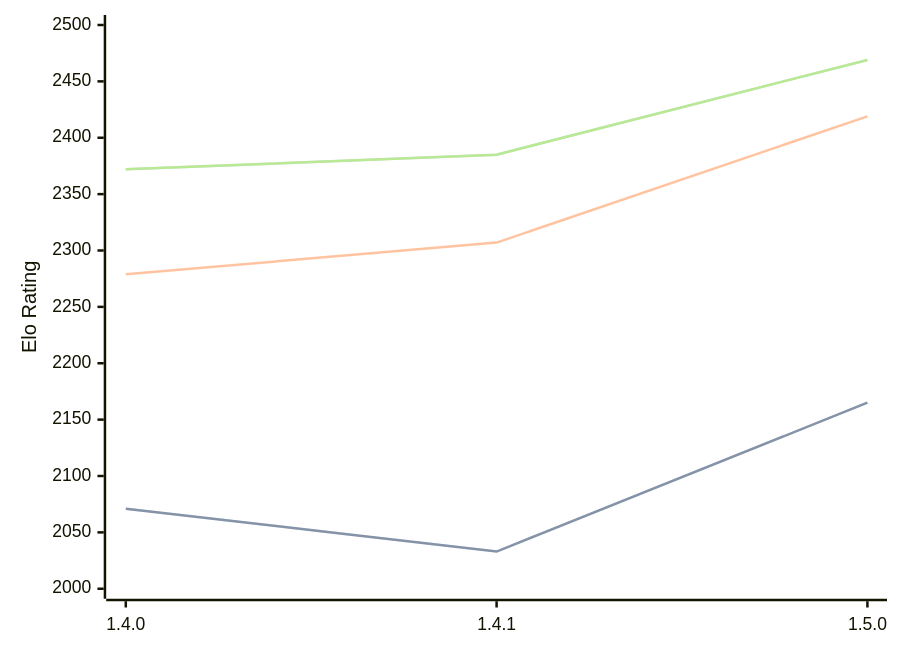
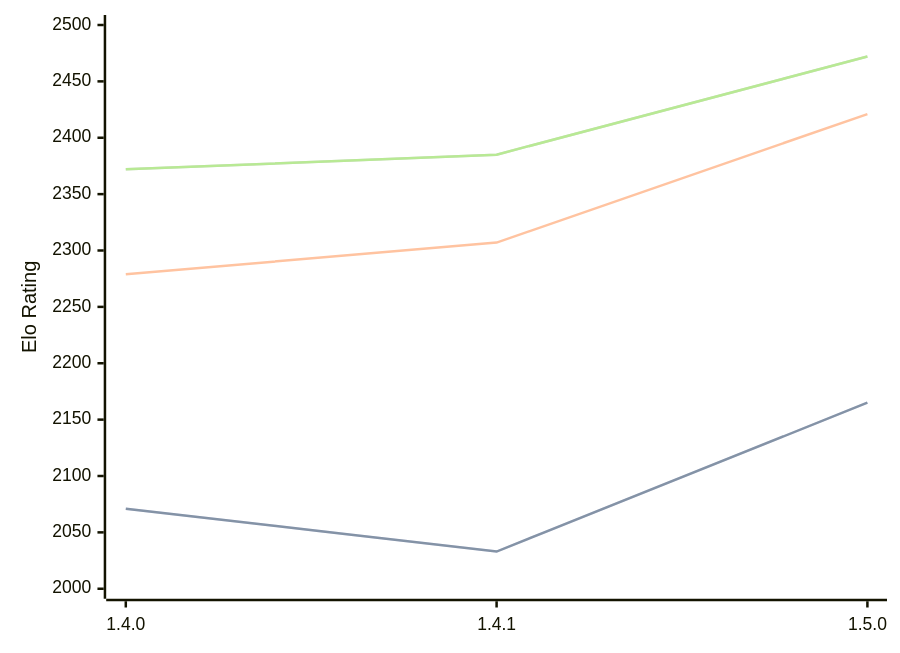
One commit to computer-chess-index/cci changed the diagram in engines/Tofiks.md. Above: the diagram before and after it, drawn with Mermaid. The commit also changed other lines of this file, not shown here.

Commit message:
Update CCI Ratings (ELO VLTC) - 2026-07-22

````diff
--- a/engines/Tofiks.md
+++ b/engines/Tofiks.md
@@ -37,11 +37,11 @@
 ```mermaid
 %%{init: {"theme":"base","themeVariables":{"seriesColors:['#a3a3a3','#222221','#faa371']}}}%%
 xychart-beta
   x-axis ["1.4.0", "1.4.1", "1.5.0"]
   y-axis "Elo Rating" 2000 --> 2500
   line "STC (8.0+0.08s)" [2071, 2033, 2165]
   line "STC (8.0+0.08s)" [2071, 2033, 2165]
-  line "LTC (60.0+0.60s)" [2279, 2307, 2419]
-  line "VLTC (2m24s+1.12s)" [2372, 2385, 2469]
-  line "VLTC (2m24s+1.12s)" [2372, 2385, 2469]
+  line "LTC (60.0+0.60s)" [2279, 2307, 2421]
+  line "VLTC (2m24s+1.12s)" [2372, 2385, 2472]
+  line "VLTC (2m24s+1.12s)" [2372, 2385, 2472]
 ```
````
